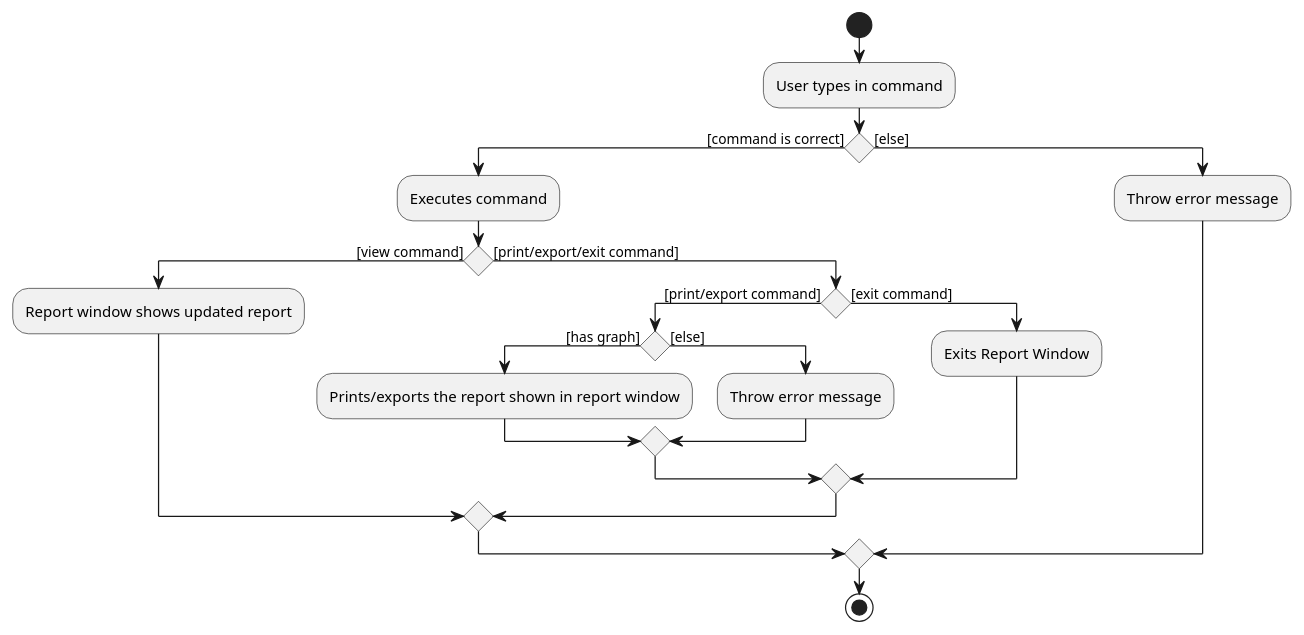
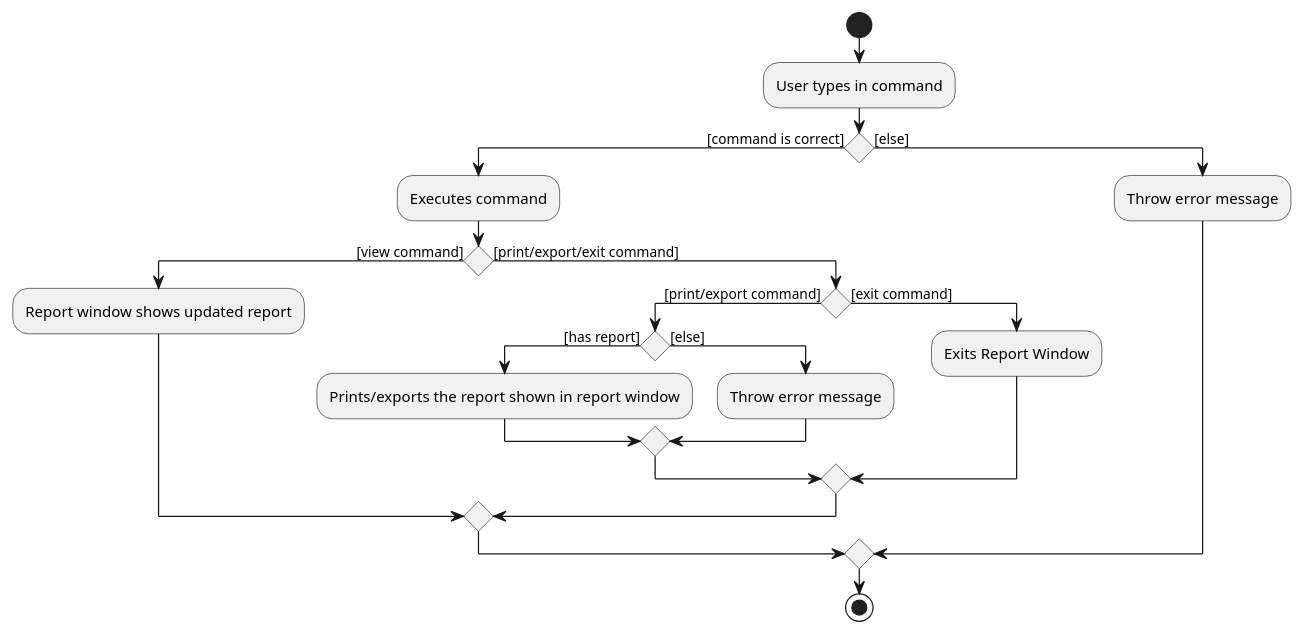
One commit to zwasd/main changed the diagram in docs/diagrams/tracing/Report(ReportWindow).puml. Above: the diagram before and after it, drawn with PlantUML. The commit also changed 1 other file, not shown here.

Commit message:
Update act diagram, change graph to report

```diff
--- a/docs/diagrams/tracing/Report(ReportWindow).puml
+++ b/docs/diagrams/tracing/Report(ReportWindow).puml
@@ -1,23 +1,23 @@
 @startuml
 start
 :User types in command;
 if () then ([command is correct])
     :Executes command;
      if() then ([view command])
      :Report window shows updated report;
      else ([print/export/exit command])
             if () then ([print/export command])
-             if () then ([has graph])
+             if () then ([has report])
                 :Prints/exports the report shown in report window;
              else ([else])
                 :Throw error message;
               endif
             else ([exit command])
                  :Exits Report Window;
                 endif
       endif
 else ([else])
     :Throw error message;
 endif
 stop
 @enduml
```
